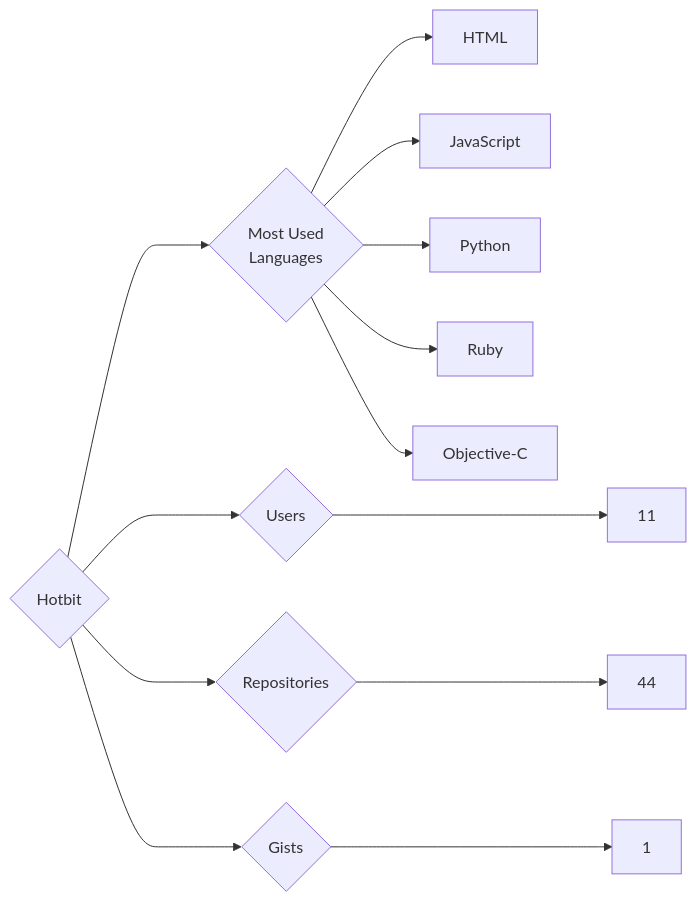
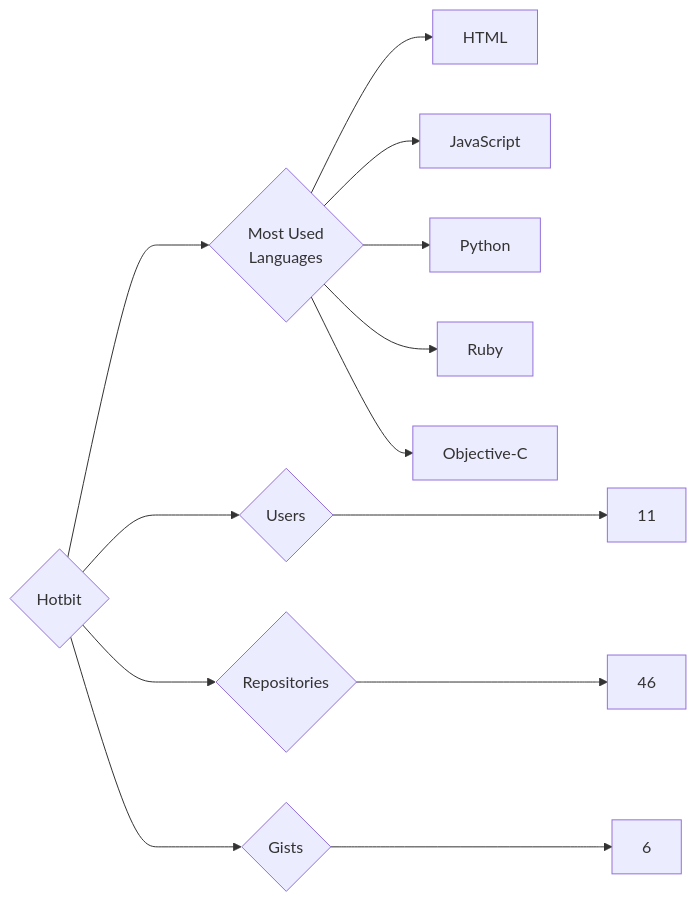
Before and after one commit to trickest/insiders: the diagram in targets/Hotbit/README.md, drawn with Mermaid. The commit also changed 1036 other files, not shown here.

````diff
--- a/targets/Hotbit/README.md
+++ b/targets/Hotbit/README.md
@@ -3,13 +3,13 @@
 ```mermaid
 graph LR
 COMPANY_NAME{Hotbit}
 COMPANY_NAME ---> U{Users} ---> UN[11]
-COMPANY_NAME ---> R{Repositories} ---> RN[44]
-COMPANY_NAME ---> G{Gists} ---> GN[1]
+COMPANY_NAME ---> R{Repositories} ---> RN[46]
+COMPANY_NAME ---> G{Gists} ---> GN[6]
 COMPANY_NAME ---> ML{Most Used<br>Languages}
 ML --> HTML[HTML]
 ML --> JavaScript[JavaScript]
 ML --> Python[Python]
 ML --> Ruby[Ruby]
 ML --> Objective-C[Objective-C]
 ```
````
